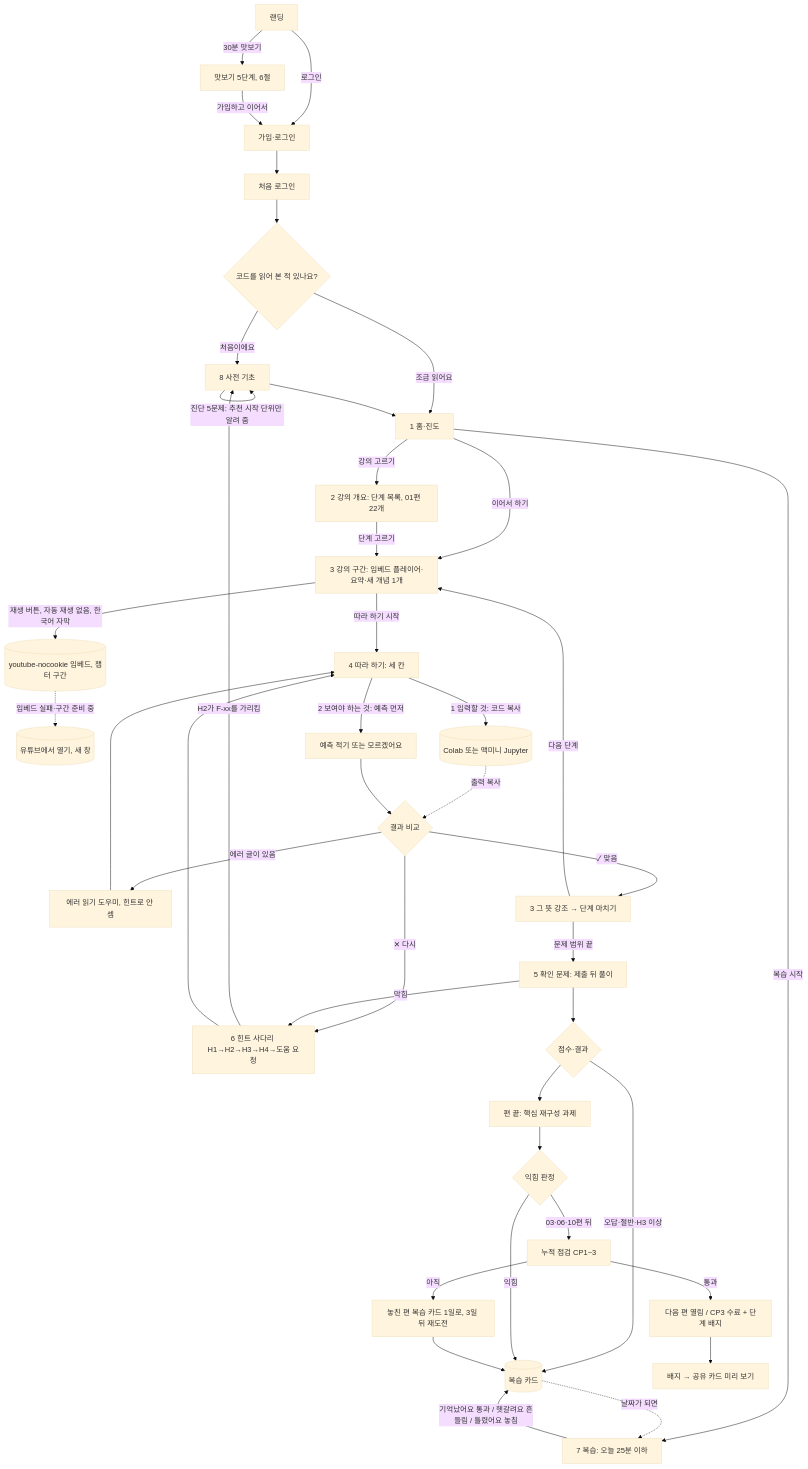
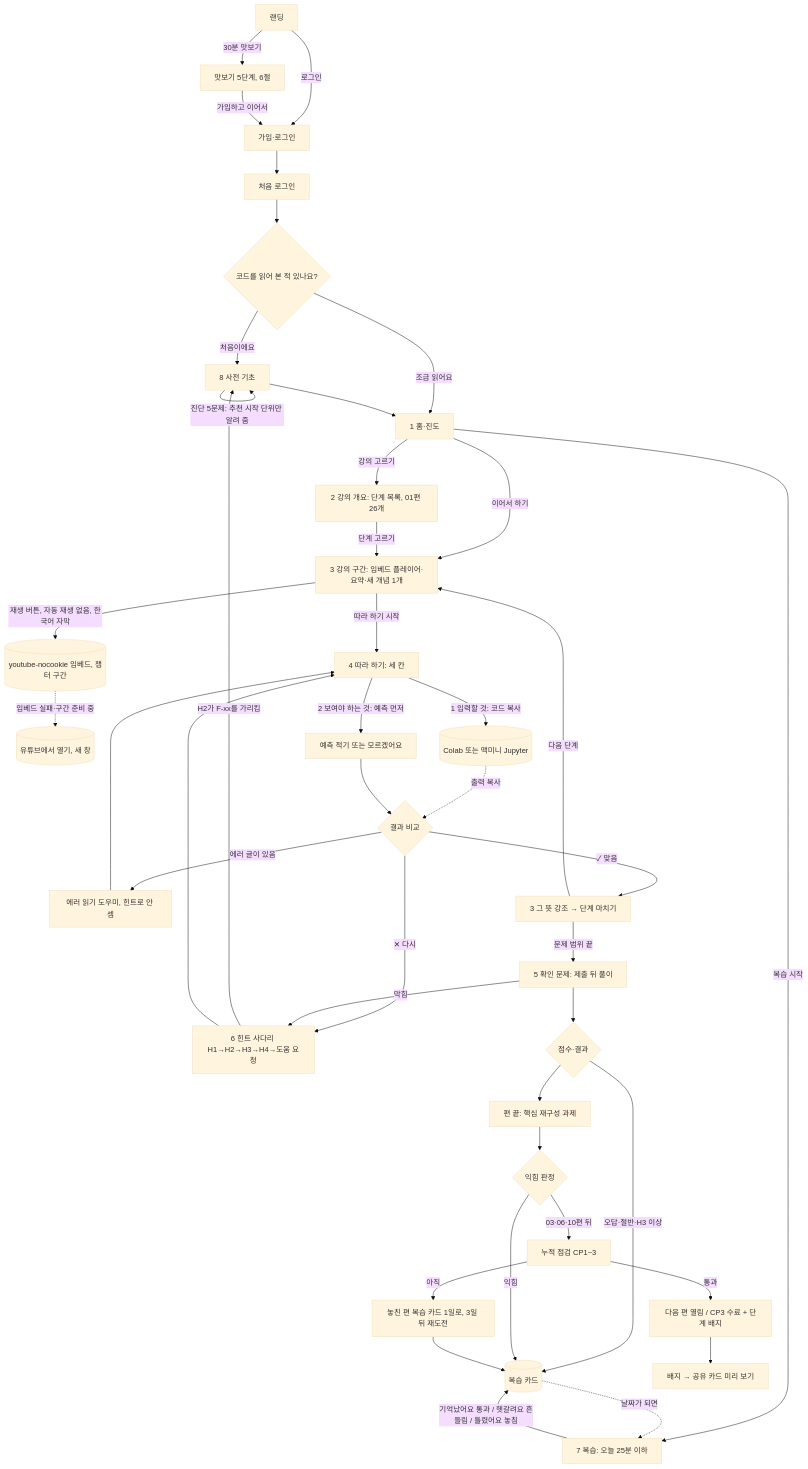
One commit to blazethrottle/z2h-ko changed the first of 5 diagrams in inputs/design/flow.md. Above: the diagram before and after it, drawn with Mermaid (base theme). The commit also changed other lines of this file and 56 other files, not shown here.

````diff
--- a/inputs/design/flow.md
+++ b/inputs/design/flow.md
@@ -20,44 +20,44 @@
 ```mermaid
 flowchart TD
     LP[랜딩] -- 30분 맛보기 --> TS[맛보기 5단계, 6절]
     LP -- 로그인 --> AU[가입·로그인]
     TS -- 가입하고 이어서 --> AU
     AU --> A
     A[처음 로그인] --> B{코드를 읽어 본 적 있나요?}
     B -- 처음이에요 --> C[8 사전 기초]
     B -- 조금 읽어요 --> D[1 홈·진도]
     C -- 진단 5문제: 추천 시작 단위만 알려 줌 --> C
     C --> D
     D -- 이어서 하기 --> F
-    D -- 강의 고르기 --> E[2 강의 개요: 단계 목록, 01편 22개]
+    D -- 강의 고르기 --> E[2 강의 개요: 단계 목록, 01편 26개]
     D -- 복습 시작 --> R[7 복습: 오늘 25분 이하]
     E -- 단계 고르기 --> F[3 강의 구간: 임베드 플레이어·요약·새 개념 1개]
     F -- 재생 버튼, 자동 재생 없음, 한국어 자막 --> YT[(youtube-nocookie 임베드, 챕터 구간)]
     YT -. 임베드 실패·구간 준비 중 .-> YO[(유튜브에서 열기, 새 창)]
     F -- 따라 하기 시작 --> G[4 따라 하기: 세 칸]
     G -- 1 입력할 것: 코드 복사 --> NB[(Colab 또는 맥미니 Jupyter)]
     G -- 2 보여야 하는 것: 예측 먼저 --> P[예측 적기 또는 모르겠어요]
     NB -. 출력 복사 .-> H
     P --> H{결과 비교}
     H -- 에러 글이 있음 --> ER[에러 읽기 도우미, 힌트로 안 셈]
     ER --> G
     H -- ✓ 맞음 --> M[3 그 뜻 강조 → 단계 마치기]
     H -- ✕ 다시 --> J[6 힌트 사다리 H1→H2→H3→H4→도움 요청]
     J -- H2가 F-xx를 가리킴 --> C
     J --> G
     M -- 문제 범위 끝 --> I[5 확인 문제: 제출 뒤 풀이]
     M -- 다음 단계 --> F
     I -- 막힘 --> J
     I --> K{점수·결과}
     K -- 오답·절반·H3 이상 --> Q[(복습 카드)]
     K --> M2[편 끝: 핵심 재구성 과제]
     M2 --> MS{익힘 판정}
     MS -- 익힘 --> Q
     MS -- 03·06·10편 뒤 --> CP[누적 점검 CP1~3]
     CP -- 통과 --> E2[다음 편 열림 / CP3 수료 + 단계 배지]
     CP -- 아직 --> CPN[놓친 편 복습 카드 1일로, 3일 뒤 재도전]
     CPN --> Q
     E2 --> BG[배지 → 공유 카드 미리 보기]
     Q -. 날짜가 되면 .-> R
     R -- 기억났어요 통과 / 헷갈려요 흔들림 / 틀렸어요 놓침 --> Q
 ```
````
